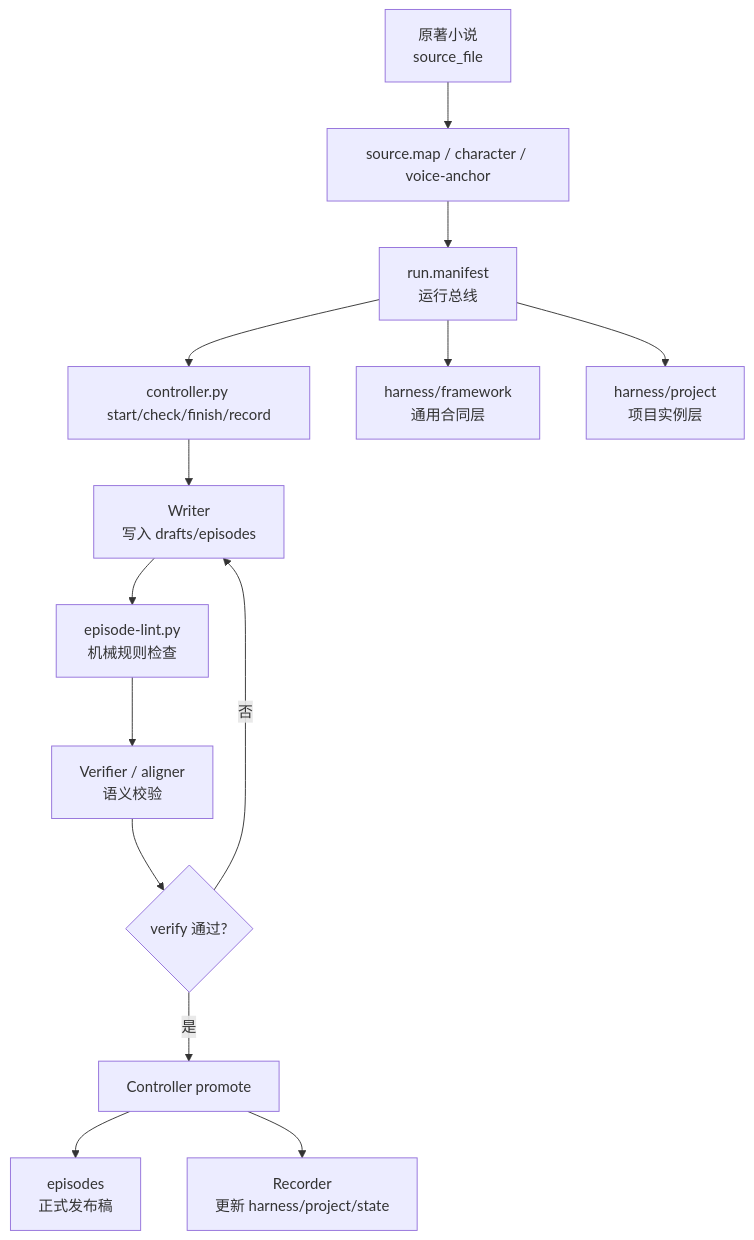
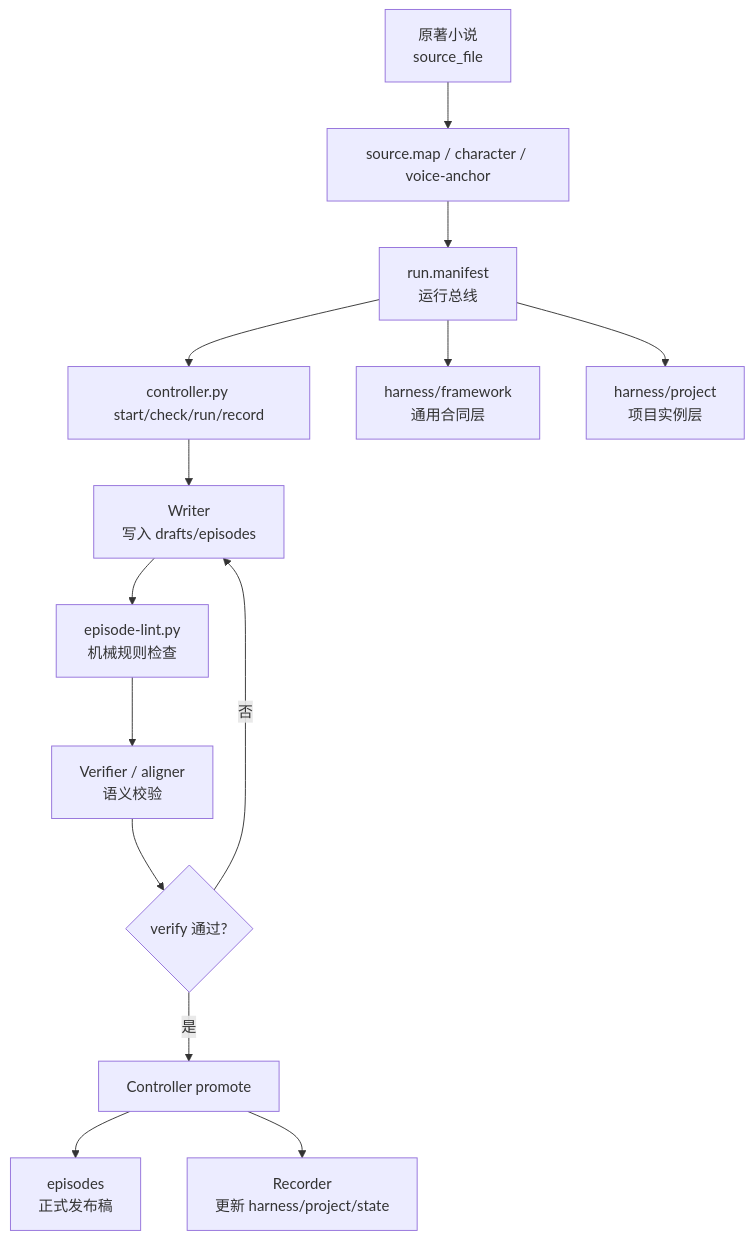
The first of 2 diagrams in README.md (zc20180417/Juben), drawn with Mermaid before and after one commit. The commit also changed other lines of this file and 5 other files, not shown here.

````diff
--- a/README.md
+++ b/README.md
@@ -16,19 +16,19 @@
 ```mermaid
 flowchart TD
     A["原著小说<br/>source_file"] --> B["source.map / character / voice-anchor"]
     B --> C["run.manifest<br/>运行总线"]
-    C --> D["controller.py start/check/finish/record"]
+    C --> D["controller.py start/check/run/record"]
 
     D --> E["Writer<br/>写入 drafts/episodes"]
     E --> F["episode-lint.py<br/>机械规则检查"]
     F --> G["Verifier / aligner<br/>语义校验"]
     G --> H{"verify 通过?"}
 
     H -- "否" --> E
     H -- "是" --> I["Controller promote"]
     I --> J["episodes<br/>正式发布稿"]
     I --> K["Recorder<br/>更新 harness/project/state"]
 
     C --> L["harness/framework<br/>通用合同层"]
     C --> M["harness/project<br/>项目实例层"]
 ```
````
